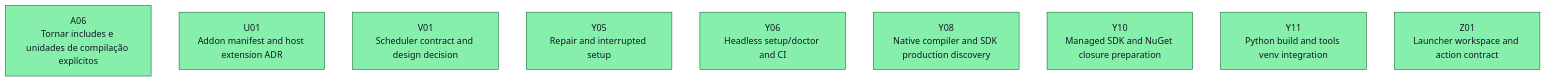
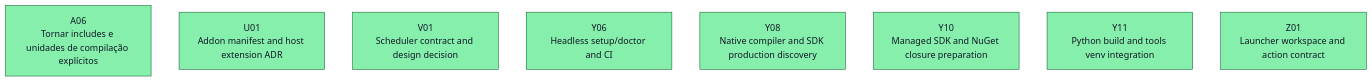
Before and after one commit to ocarizr/spaceraiders: the first of 27 diagrams in docs/task-dependencies.md, drawn with Mermaid. The commit also changed other lines of this file and 9 other files, not shown here.

First line of the commit message:
feat(Y05): add durable environment setup repair and recovery (#25)

````diff
--- a/docs/task-dependencies.md
+++ b/docs/task-dependencies.md
@@ -24,15 +24,14 @@
 ```mermaid
 flowchart TD
     ready_A06["A06<br/>Tornar includes e unidades de compilação explícitos"]:::ready
     ready_U01["U01<br/>Addon manifest and host extension ADR"]:::ready
     ready_V01["V01<br/>Scheduler contract and design decision"]:::ready
-    ready_Y05["Y05<br/>Repair and interrupted setup"]:::ready
     ready_Y06["Y06<br/>Headless setup/doctor and CI"]:::ready
     ready_Y08["Y08<br/>Native compiler and SDK production discovery"]:::ready
     ready_Y10["Y10<br/>Managed SDK and NuGet closure preparation"]:::ready
     ready_Y11["Y11<br/>Python build and tools venv integration"]:::ready
     ready_Z01["Z01<br/>Launcher workspace and action contract"]:::ready
     classDef pending fill:#ffffff,stroke:#6b7280,color:#111827
     classDef ready fill:#86efac,stroke:#166534,color:#111827
     classDef done fill:#f87171,stroke:#991b1b,color:#111827
 ```
````
